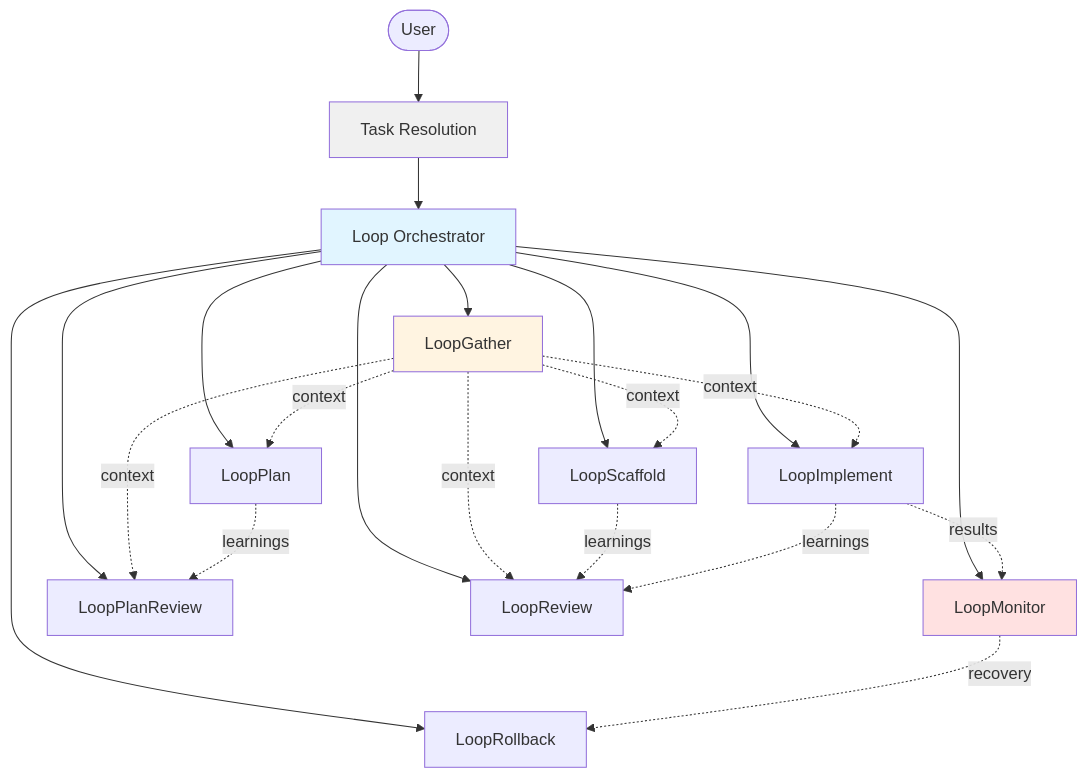
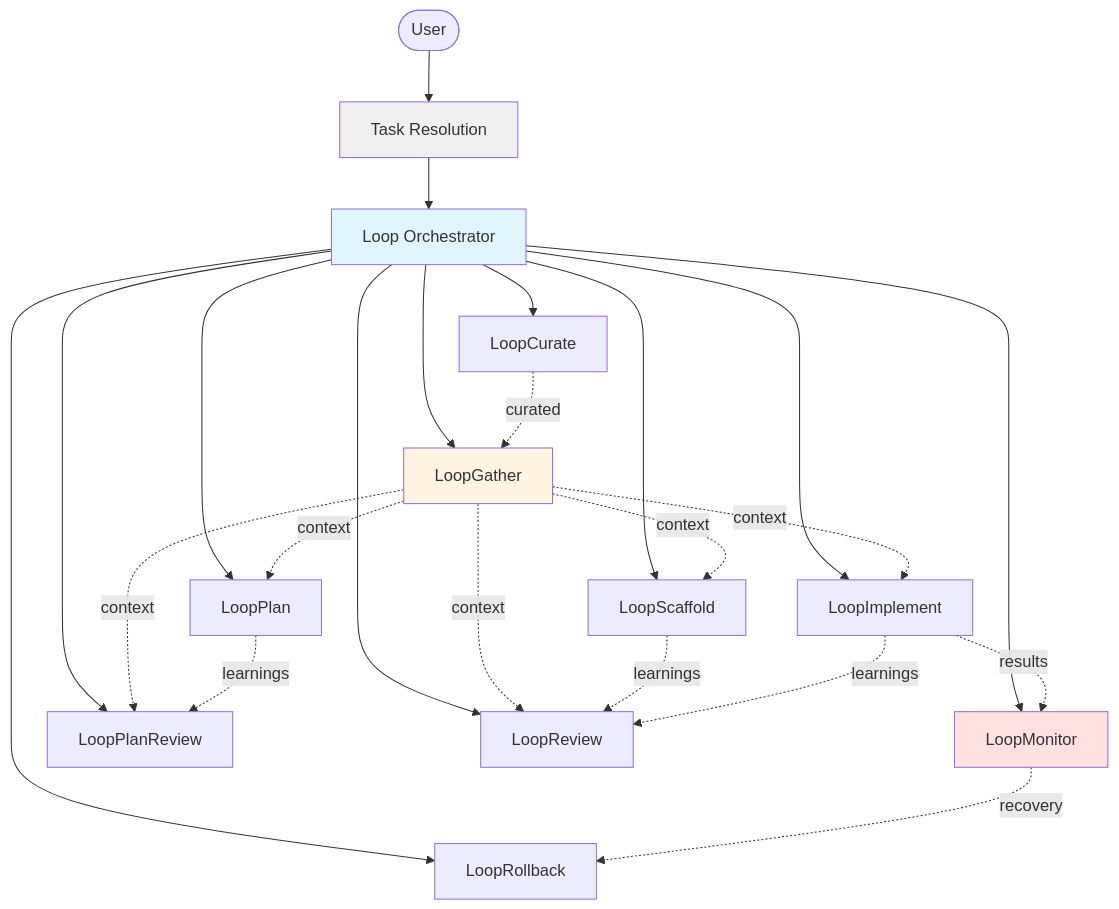
The first of 4 diagrams in README.md (digitarald/loop-agent), drawn with Mermaid before and after one commit. The commit also changed other lines of this file and 13 other files, not shown here.

````diff
--- a/README.md
+++ b/README.md
@@ -24,34 +32,37 @@
 ```mermaid
 flowchart TB
     User([User]) --> Resolve[Task Resolution]
     Resolve --> Loop[Loop Orchestrator]
     
     Loop --> LG[LoopGather]
     Loop --> LM[LoopMonitor]
+    Loop --> LC[LoopCurate]
     
     Loop --> LP[LoopPlan]
     Loop --> LPR[LoopPlanReview]
     
     Loop --> LS[LoopScaffold]
     Loop --> LI[LoopImplement]
     Loop --> LR[LoopReview]
     Loop --> LRB[LoopRollback]
     
     LG -.context.-> LP
     LG -.context.-> LPR
     LG -.context.-> LS
     LG -.context.-> LI
     LG -.context.-> LR
     
     LP -.learnings.-> LPR
     LS -.learnings.-> LR
     LI -.learnings.-> LR
     
     LI -.results.-> LM
     LM -.recovery.-> LRB
     
+    LC -.curated.-> LG
+    
     style Loop fill:#e1f5ff
     style Resolve fill:#f0f0f0
     style LG fill:#fff4e1
     style LM fill:#ffe1e1
 ```
````
